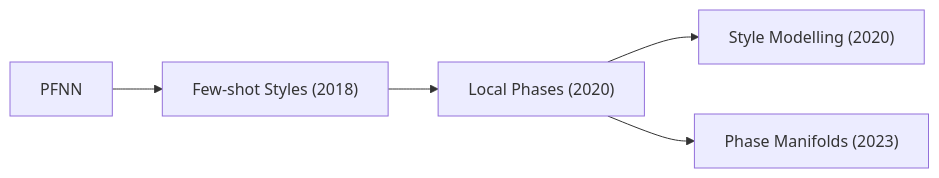
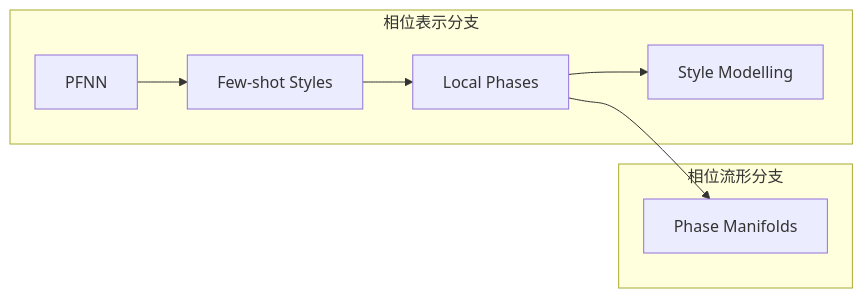
One commit to CaterpillarStudyGroup/GAMES105_mdbook changed the second of 27 diagrams in src/Locomotion_Survey.md. Above: the diagram before and after it, drawn with Mermaid. The commit also changed other lines of this file, not shown here.

````diff
--- a/src/Locomotion_Survey.md
+++ b/src/Locomotion_Survey.md
@@ -91,7 +91,12 @@
 ```mermaid
 flowchart LR
-    PFNN --> FS["Few-shot Styles (2018)"]
-    FS --> LP["Local Phases (2020)"]
-    LP --> SM["Style Modelling (2020)"]
-    LP --> PM["Phase Manifolds (2023)"]
+    subgraph Phase["相位表示分支"]
+        PFNN --> FS["Few-shot Styles"]
+        FS --> LP["Local Phases"]
+        LP --> SM["Style Modelling"]
+    end
+
+    subgraph Manifold["相位流形分支"]
+        LP --> PM["Phase Manifolds"]
+    end
 ```
````
